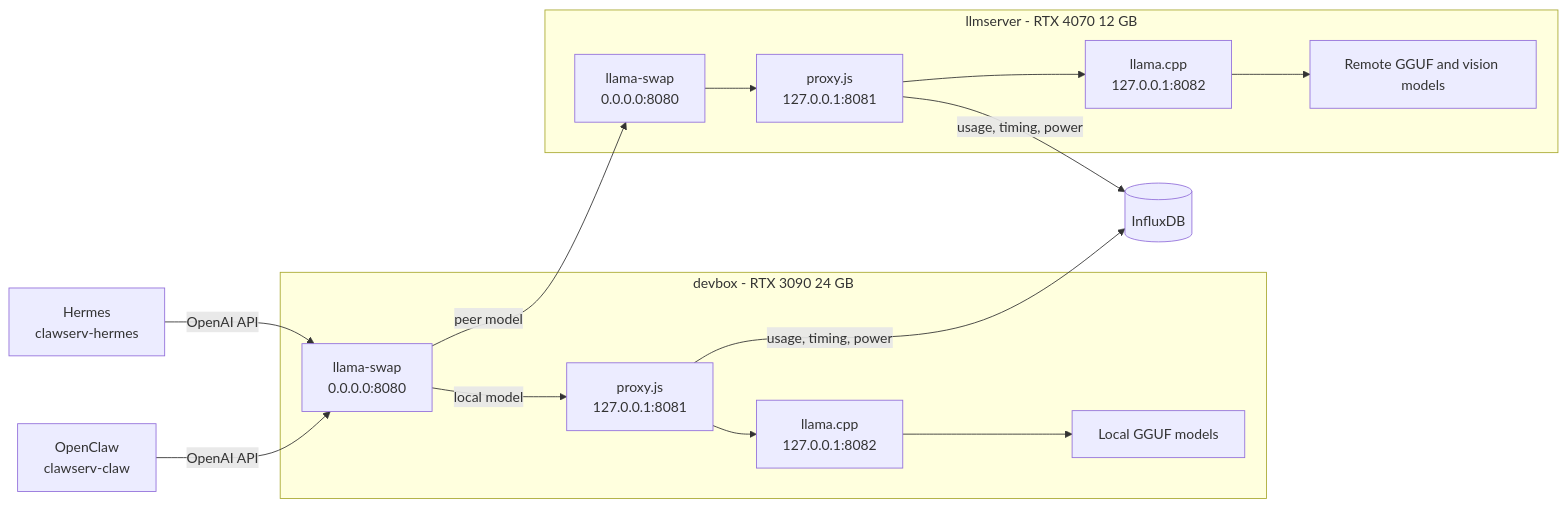
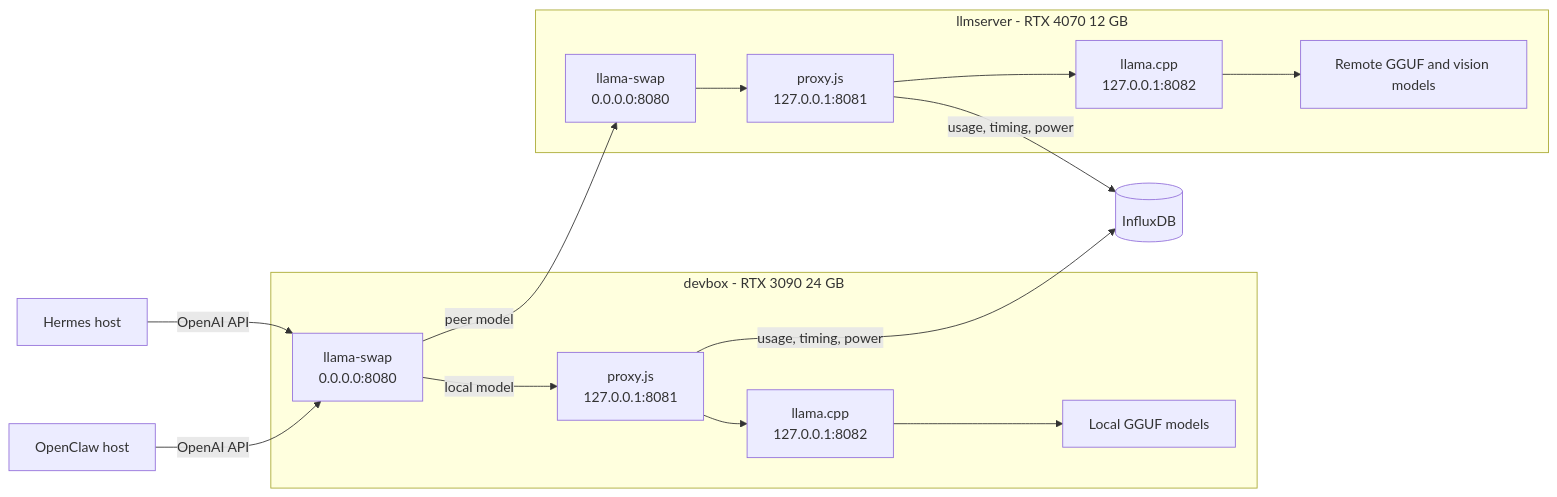
One commit to khaney64/llm-stuff changed the diagram in llama-swap/ARCHITECTURE.md. Above: the diagram before and after it, drawn with Mermaid. The commit also changed other lines of this file and 3 other files, not shown here.

````diff
--- a/llama-swap/ARCHITECTURE.md
+++ b/llama-swap/ARCHITECTURE.md
@@ -9,28 +9,28 @@
 ```mermaid
 flowchart LR
-    H[Hermes<br/>clawserv-hermes]
-    O[OpenClaw<br/>clawserv-claw]
+    H[Hermes host]
+    O[OpenClaw host]
 
     subgraph D[devbox - RTX 3090 24 GB]
         DS[llama-swap<br/>0.0.0.0:8080]
         DP[proxy.js<br/>127.0.0.1:8081]
         DL[llama.cpp<br/>127.0.0.1:8082]
         DG[Local GGUF models]
         DS -->|local model| DP --> DL --> DG
     end
 
     subgraph R[llmserver - RTX 4070 12 GB]
         RS[llama-swap<br/>0.0.0.0:8080]
         RP[proxy.js<br/>127.0.0.1:8081]
         RL[llama.cpp<br/>127.0.0.1:8082]
         RG[Remote GGUF and vision models]
         RS --> RP --> RL --> RG
     end
 
     I[(InfluxDB)]
     H -->|OpenAI API| DS
     O -->|OpenAI API| DS
     DS -->|peer model| RS
     DP -->|usage, timing, power| I
     RP -->|usage, timing, power| I
 ```
````
